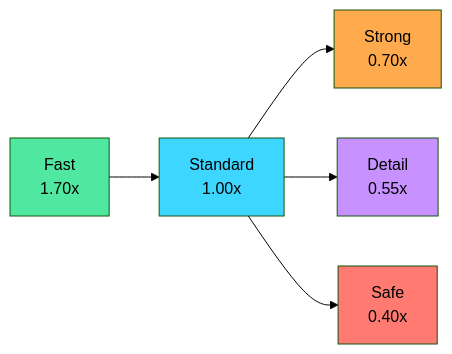
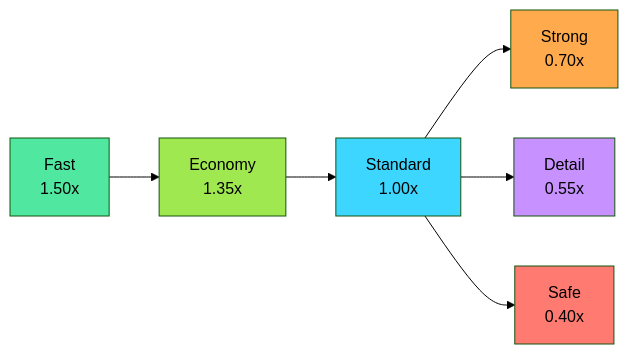
The second of 4 diagrams in README.md (RafaelFino/FilamentDB), drawn with Mermaid (forest theme) before and after one commit. The commit also changed other lines of this file and 63 other files, not shown here.

````diff
--- a/README.md
+++ b/README.md
@@ -84,13 +62,15 @@
 ```mermaid
 graph LR
-    F[Fast<br/>1.70x] --> S[Standard<br/>1.00x]
+    F[Fast<br/>1.50x] --> E[Economy<br/>1.35x]
+    E --> S[Standard<br/>1.00x]
     S --> ST[Strong<br/>0.70x]
     S --> D[Detail<br/>0.55x]
     S --> SA[Safe<br/>0.40x]
 
     style F fill:#50e8a0,color:#000
+    style E fill:#a0e850,color:#000
     style S fill:#3dd6ff,color:#000
     style ST fill:#ffaa4d,color:#000
     style D fill:#c792ff,color:#000
     style SA fill:#ff7b72,color:#000
 ```
````
